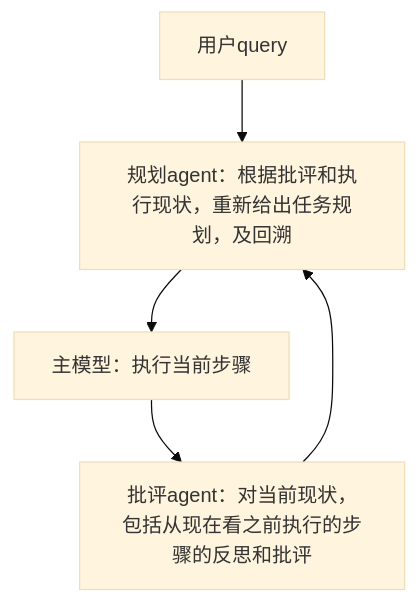
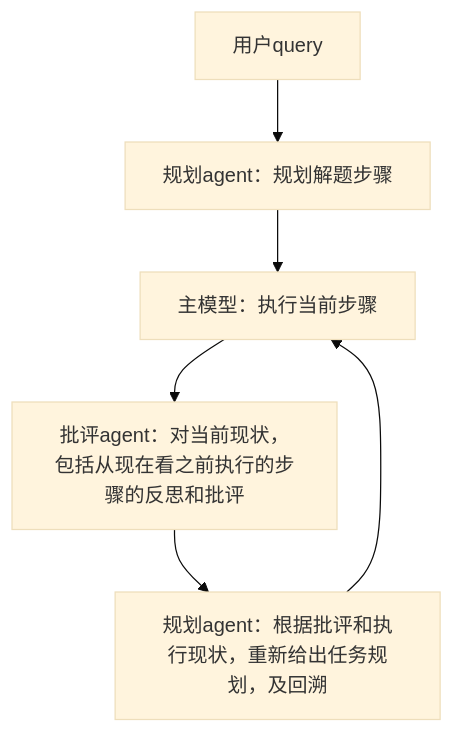
The diagram in README.md (BZ-coding/O1), drawn with Mermaid (base theme) before and after one commit.

````diff
--- a/README.md
+++ b/README.md
@@ -17,7 +17,8 @@
 ```mermaid
 graph TD
-    用户query[用户query] --> 规划agent[规划agent：规划解题步骤]
-    规划agent --> 主模型[主模型：执行当前步骤]
+    用户query[用户query] --> 规划agent_0[规划agent：规划解题步骤]
+    规划agent_0 --> 主模型[主模型：执行当前步骤]
     主模型 --> 批评agent[批评agent：对当前现状，包括从现在看之前执行的步骤的反思和批评]
-    批评agent --> 规划agent[规划agent：根据批评和执行现状，重新给出任务规划，及回溯]
+    批评agent --> 规划agent_1[规划agent：根据批评和执行现状，重新给出任务规划，及回溯]
+    规划agent_1 --> 主模型[主模型：执行当前步骤]
 ```
````
